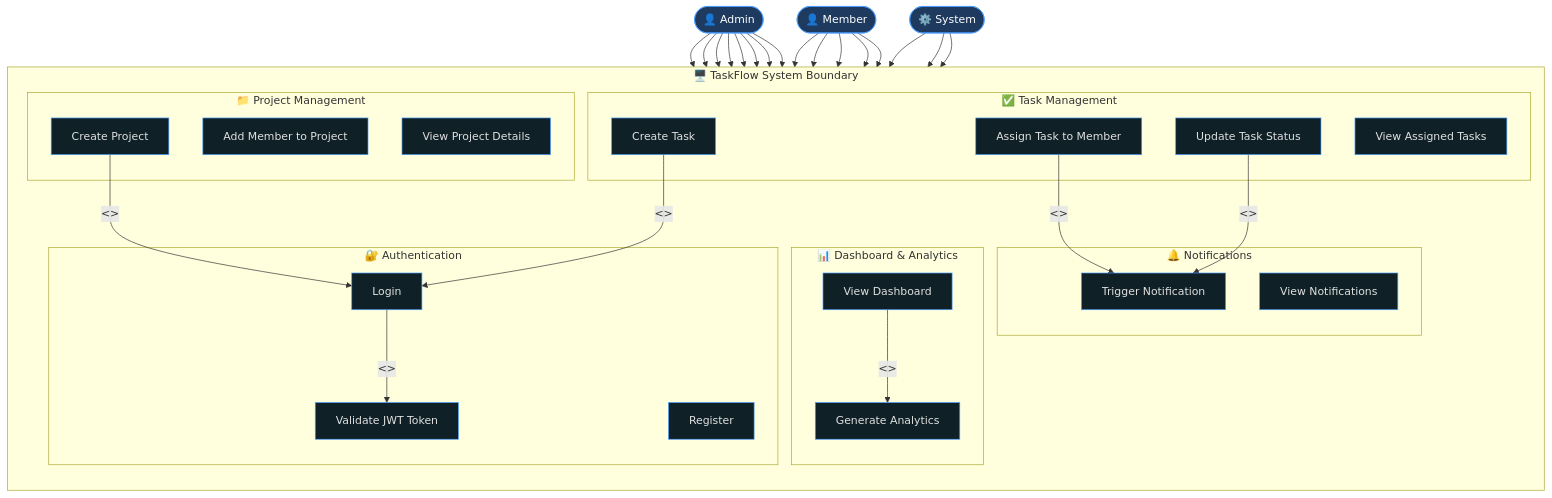
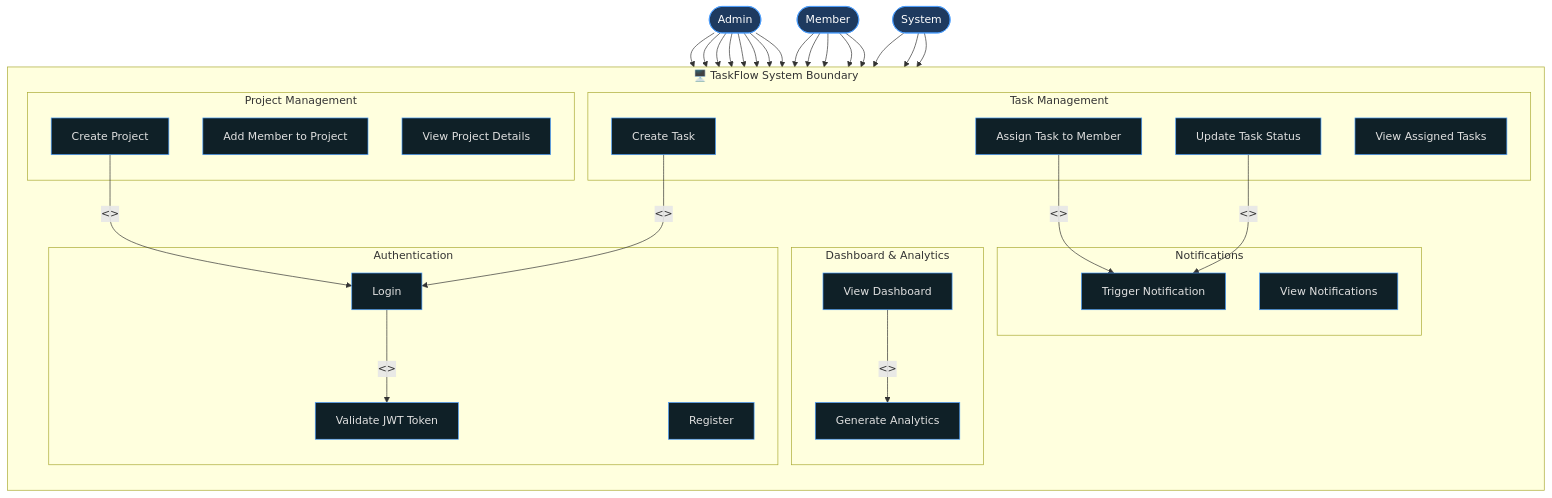
Before and after one commit to VIPAX-JIT/TaskFlow: the first of 3 diagrams in useCaseDiagram.md, drawn with Mermaid. The commit also changed 4 other files, not shown here.

Commit message:
sequenceDiagram changes..FLowchart Added

````diff
--- a/useCaseDiagram.md
+++ b/useCaseDiagram.md
@@ -9,79 +9,79 @@
 ```mermaid
 graph TB
     %% ─── Actors ───────────────────────────────────────────────────────────────
-    Admin(["👤 Admin"])
-    Member(["👤 Member"])
-    System(["⚙️ System"])
+    Admin([" Admin"])
+    Member([" Member"])
+    System([" System"])
 
     %% ─── System Boundary ──────────────────────────────────────────────────────
     subgraph TaskFlow["🖥️ TaskFlow System Boundary"]
         direction TB
 
-        subgraph AUTH["🔐 Authentication"]
+        subgraph AUTH[" Authentication"]
             UC1["Register"]
             UC2["Login"]
             UC3["Validate JWT Token"]
         end
 
-        subgraph PROJECT["📁 Project Management"]
+        subgraph PROJECT[" Project Management"]
             UC4["Create Project"]
             UC5["Add Member to Project"]
             UC6["View Project Details"]
         end
 
-        subgraph TASK["✅ Task Management"]
+        subgraph TASK[" Task Management"]
             UC7["Create Task"]
             UC8["Assign Task to Member"]
             UC9["View Assigned Tasks"]
             UC10["Update Task Status"]
         end
 
-        subgraph DASHBOARD["📊 Dashboard & Analytics"]
+        subgraph DASHBOARD[" Dashboard & Analytics"]
             UC11["View Dashboard"]
             UC12["Generate Analytics"]
         end
 
-        subgraph NOTIFY["🔔 Notifications"]
+        subgraph NOTIFY[" Notifications"]
             UC13["Trigger Notification"]
             UC14["View Notifications"]
         end
     end
 
     %% ─── Admin Associations ───────────────────────────────────────────────────
     Admin --> UC1
     Admin --> UC2
     Admin --> UC4
     Admin --> UC5
     Admin --> UC6
     Admin --> UC7
     Admin --> UC8
     Admin --> UC11
 
     %% ─── Member Associations ──────────────────────────────────────────────────
     Member --> UC1
     Member --> UC2
     Member --> UC9
     Member --> UC10
     Member --> UC14
 
     %% ─── System Associations ──────────────────────────────────────────────────
     System --> UC3
     System --> UC12
     System --> UC13
 
     %% ─── Include Relationships ────────────────────────────────────────────────
     UC2 -->|"<<include>>"| UC3
     UC4 -->|"<<include>>"| UC2
     UC7 -->|"<<include>>"| UC2
     UC11 -->|"<<include>>"| UC12
 
     %% ─── Extend Relationships ─────────────────────────────────────────────────
     UC8 -->|"<<extend>>"| UC13
     UC10 -->|"<<extend>>"| UC13
 
     %% ─── Styling ──────────────────────────────────────────────────────────────
     classDef actor fill:#1e3a5f,stroke:#4a9eff,color:#ffffff
     classDef usecase fill:#0f2027,stroke:#4a9eff,color:#e0e0e0
     class Admin,Member,System actor
     class UC1,UC2,UC3,UC4,UC5,UC6,UC7,UC8,UC9,UC10,UC11,UC12,UC13,UC14 usecase
 ```
````
